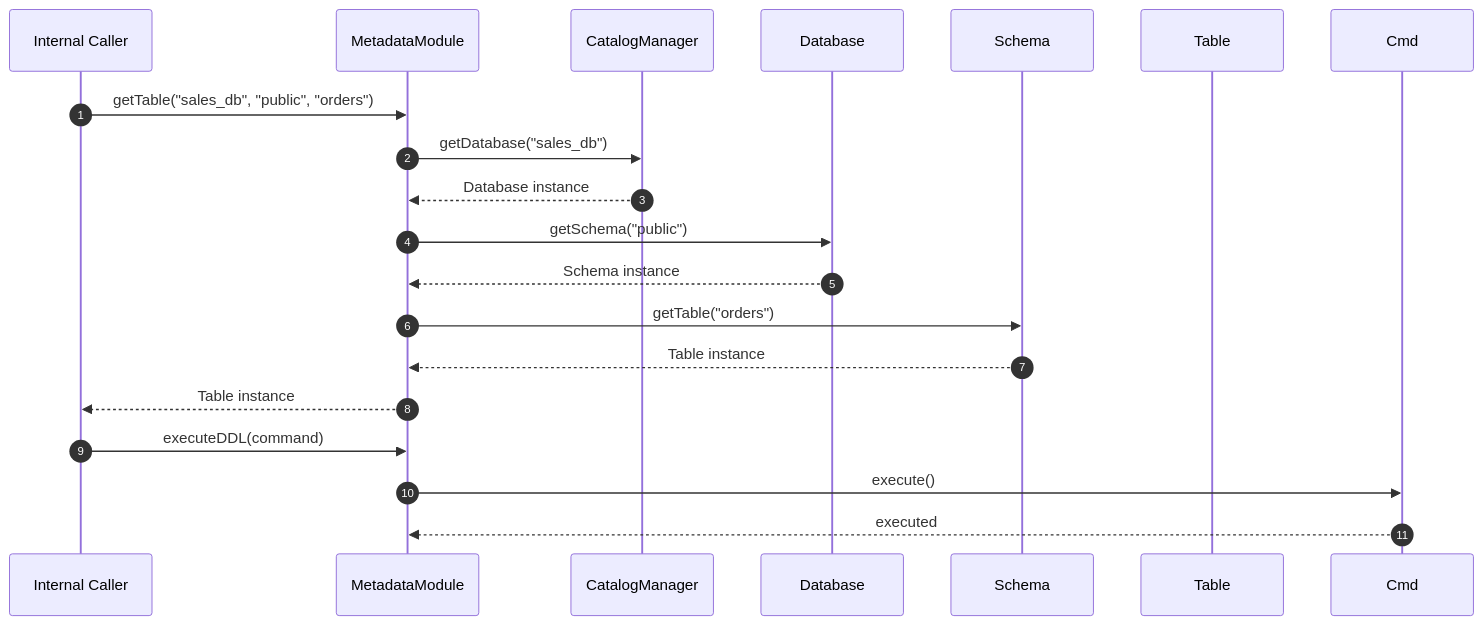
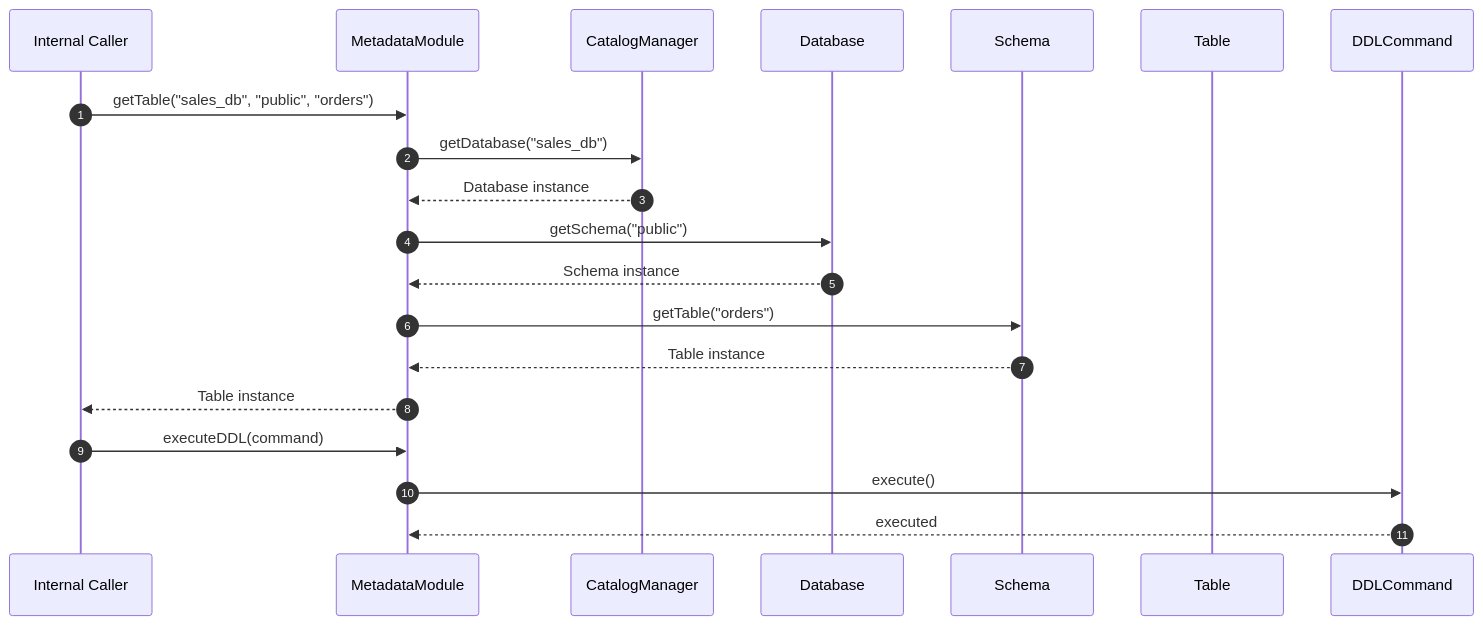
Before and after one commit to Dikhang1112/Database_Management_BBV: the second of 15 diagrams in docs/design_patterns/metadata/Sequece.md, drawn with Mermaid. The commit also changed other lines of this file and 7 other files, not shown here.

Commit message:
Implement class diagram for metadata - database object

````diff
--- a/docs/design_patterns/metadata/Sequece.md
+++ b/docs/design_patterns/metadata/Sequece.md
@@ -34,23 +34,24 @@
 ```mermaid
 sequenceDiagram
     autonumber
     participant Caller as Internal Caller
     participant Facade as MetadataModule
     participant CM as CatalogManager
     participant DB as Database
     participant Schema as Schema
     participant Table as Table
+    participant Cmd as DDLCommand
 
     Caller->>Facade: getTable("sales_db", "public", "orders")
     Facade->>CM: getDatabase("sales_db")
     CM-->>Facade: Database instance
     Facade->>DB: getSchema("public")
     DB-->>Facade: Schema instance
     Facade->>Schema: getTable("orders")
     Schema-->>Facade: Table instance
     Facade-->>Caller: Table instance
 
     Caller->>Facade: executeDDL(command)
     Facade->>Cmd: execute()
     Cmd-->>Facade: executed
 ```
````
